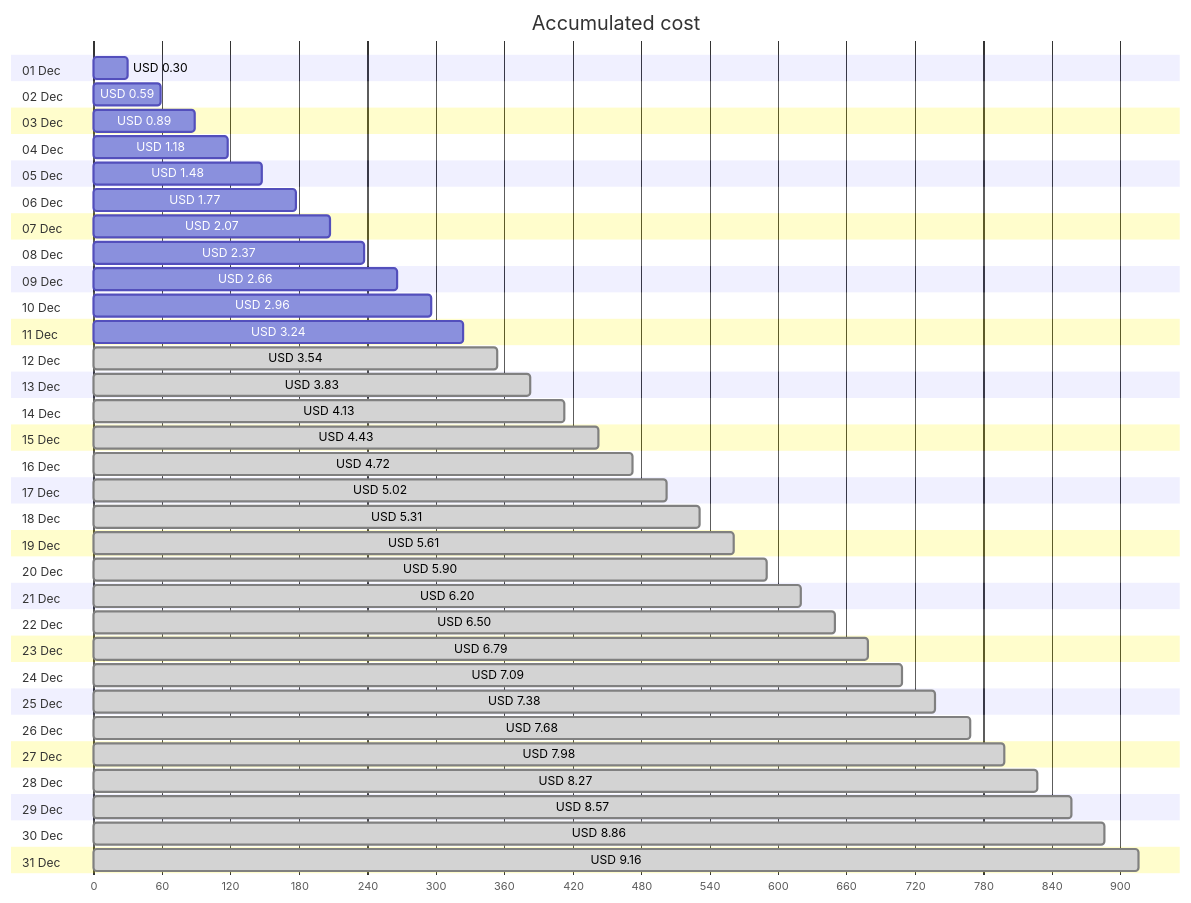
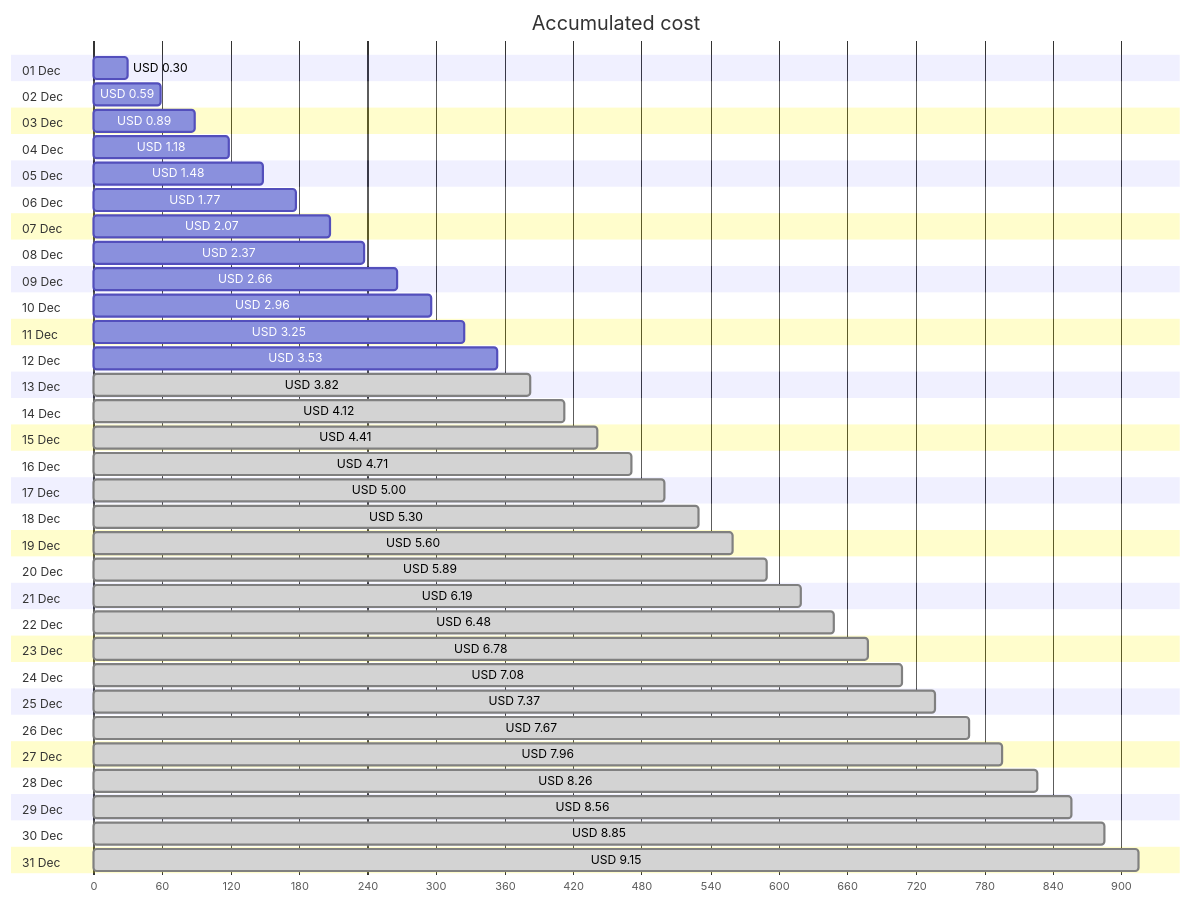
One commit to jpfulton/azure-personal-reports changed the first of 4 diagrams in cost-reports/personal-site/personal-site-preview.md. Above: the diagram before and after it, drawn with Mermaid. The commit also changed other lines of this file and 6 other files, not shown here.

````diff
--- a/cost-reports/personal-site/personal-site-preview.md
+++ b/cost-reports/personal-site/personal-site-preview.md
@@ -20,68 +20,68 @@
 ```mermaid
 gantt
    title Accumulated cost
    dateFormat  X
    axisFormat %s
    section 01 Dec
    USD 0.30 :0, 30
    section 02 Dec
    USD 0.59 :0, 59
    section 03 Dec
    USD 0.89 :0, 89
    section 04 Dec
    USD 1.18 :0, 118
    section 05 Dec
    USD 1.48 :0, 148
    section 06 Dec
    USD 1.77 :0, 177
    section 07 Dec
    USD 2.07 :0, 207
    section 08 Dec
    USD 2.37 :0, 237
    section 09 Dec
    USD 2.66 :0, 266
    section 10 Dec
    USD 2.96 :0, 296
    section 11 Dec
-   USD 3.24 :0, 324
+   USD 3.25 :0, 325
    section 12 Dec
-   USD 3.54 : done, 0, 354
+   USD 3.53 :0, 353
    section 13 Dec
-   USD 3.83 : done, 0, 383
+   USD 3.82 : done, 0, 382
    section 14 Dec
-   USD 4.13 : done, 0, 413
+   USD 4.12 : done, 0, 412
    section 15 Dec
-   USD 4.43 : done, 0, 443
+   USD 4.41 : done, 0, 441
    section 16 Dec
-   USD 4.72 : done, 0, 472
+   USD 4.71 : done, 0, 471
    section 17 Dec
-   USD 5.02 : done, 0, 502
+   USD 5.00 : done, 0, 500
    section 18 Dec
-   USD 5.31 : done, 0, 531
+   USD 5.30 : done, 0, 530
    section 19 Dec
-   USD 5.61 : done, 0, 561
+   USD 5.60 : done, 0, 560
    section 20 Dec
-   USD 5.90 : done, 0, 590
+   USD 5.89 : done, 0, 589
    section 21 Dec
-   USD 6.20 : done, 0, 620
+   USD 6.19 : done, 0, 619
    section 22 Dec
-   USD 6.50 : done, 0, 650
+   USD 6.48 : done, 0, 648
    section 23 Dec
-   USD 6.79 : done, 0, 679
+   USD 6.78 : done, 0, 678
    section 24 Dec
-   USD 7.09 : done, 0, 709
+   USD 7.08 : done, 0, 708
    section 25 Dec
-   USD 7.38 : done, 0, 738
+   USD 7.37 : done, 0, 737
    section 26 Dec
-   USD 7.68 : done, 0, 768
+   USD 7.67 : done, 0, 767
    section 27 Dec
-   USD 7.98 : done, 0, 798
+   USD 7.96 : done, 0, 796
    section 28 Dec
-   USD 8.27 : done, 0, 827
+   USD 8.26 : done, 0, 826
    section 29 Dec
-   USD 8.57 : done, 0, 857
+   USD 8.56 : done, 0, 856
    section 30 Dec
-   USD 8.86 : done, 0, 886
+   USD 8.85 : done, 0, 885
    section 31 Dec
-   USD 9.16 : done, 0, 916
+   USD 9.15 : done, 0, 915
 ```
````
